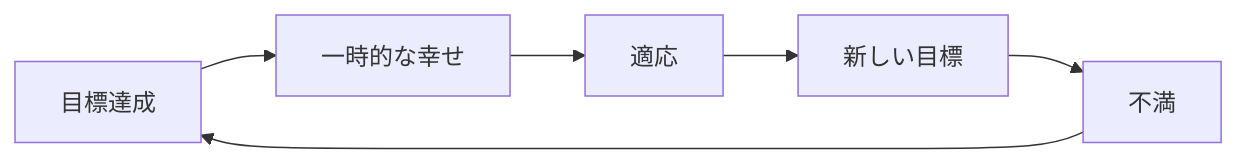
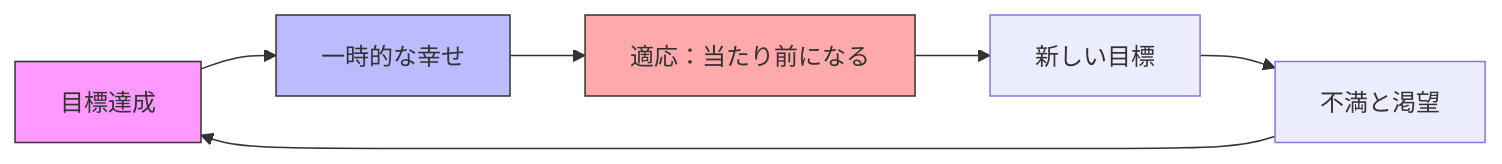
Before and after one commit to tndg16-bot/portfolio-site: the first of 4 diagrams in content/blog/283-happiness-mental-model-present.md, drawn with Mermaid. The commit also changed other lines of this file and 19 other files, not shown here.

````diff
--- a/content/blog/283-happiness-mental-model-present.md
+++ b/content/blog/283-happiness-mental-model-present.md
@@ -44,8 +37,12 @@
 ```mermaid
 graph LR
     A[目標達成] --> B[一時的な幸せ]
-    B --> C[適応]
+    B --> C[適応：当たり前になる]
     C --> D[新しい目標]
-    D --> E[不満]
+    D --> E[不満と渇望]
     E --> A
+    
+    style A fill:#f9f,stroke:#333
+    style B fill:#bbf,stroke:#333
+    style C fill:#faa,stroke:#333
 ```
````
